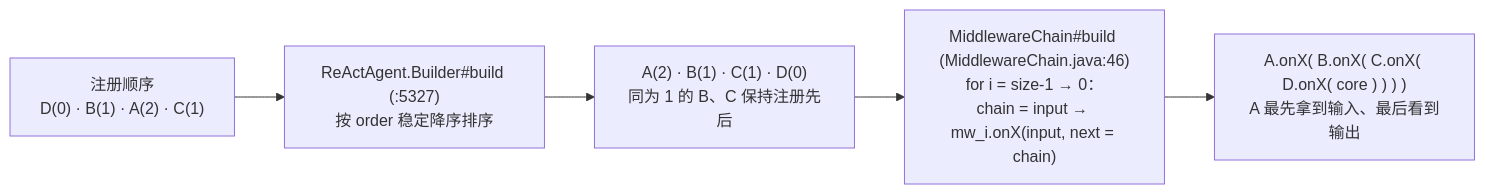
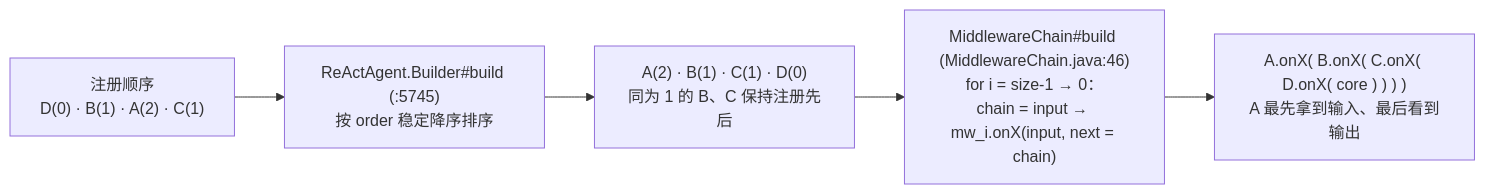
The second of 4 diagrams in 06-Middleware与事件流.md (liulangjietou/AgentScope-source-analysis), drawn with Mermaid before and after one commit. The commit also changed other lines of this file, not shown here.

````diff
--- a/06-Middleware与事件流.md
+++ b/06-Middleware与事件流.md
@@ -66,7 +68,7 @@
 ```mermaid
 flowchart LR
-    REG["注册顺序<br/>D(0) · B(1) · A(2) · C(1)"] --> SORT["ReActAgent.Builder#build (:5327)<br/>按 order 稳定降序排序"]
+    REG["注册顺序<br/>D(0) · B(1) · A(2) · C(1)"] --> SORT["ReActAgent.Builder#build (:5745)<br/>按 order 稳定降序排序"]
     SORT --> LIST["A(2) · B(1) · C(1) · D(0)<br/>同为 1 的 B、C 保持注册先后"]
     LIST --> FOLD["MiddlewareChain#build (MiddlewareChain.java:46)<br/>for i = size-1 → 0：<br/>chain = input → mw_i.onX(input, next = chain)"]
     FOLD --> RUN["A.onX( B.onX( C.onX( D.onX( core ) ) ) )<br/>A 最先拿到输入、最后看到输出"]
 ```
````
